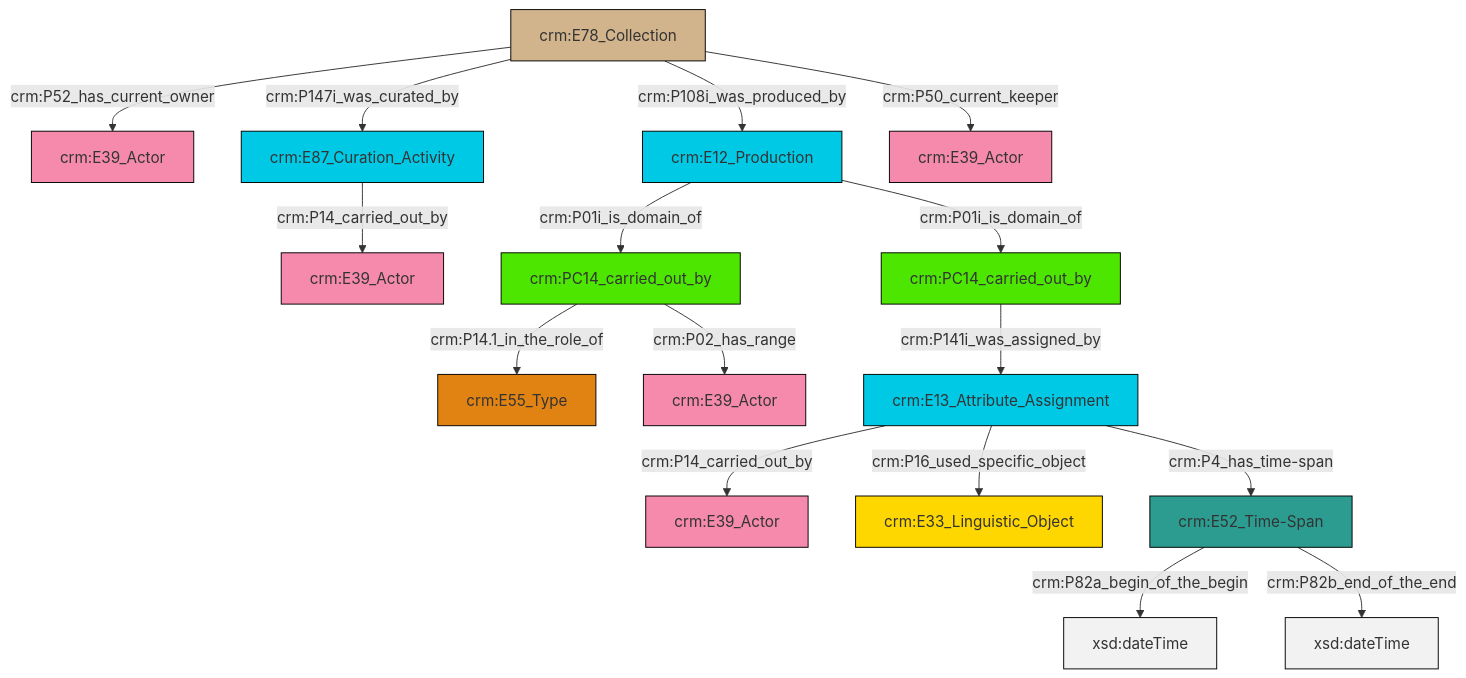
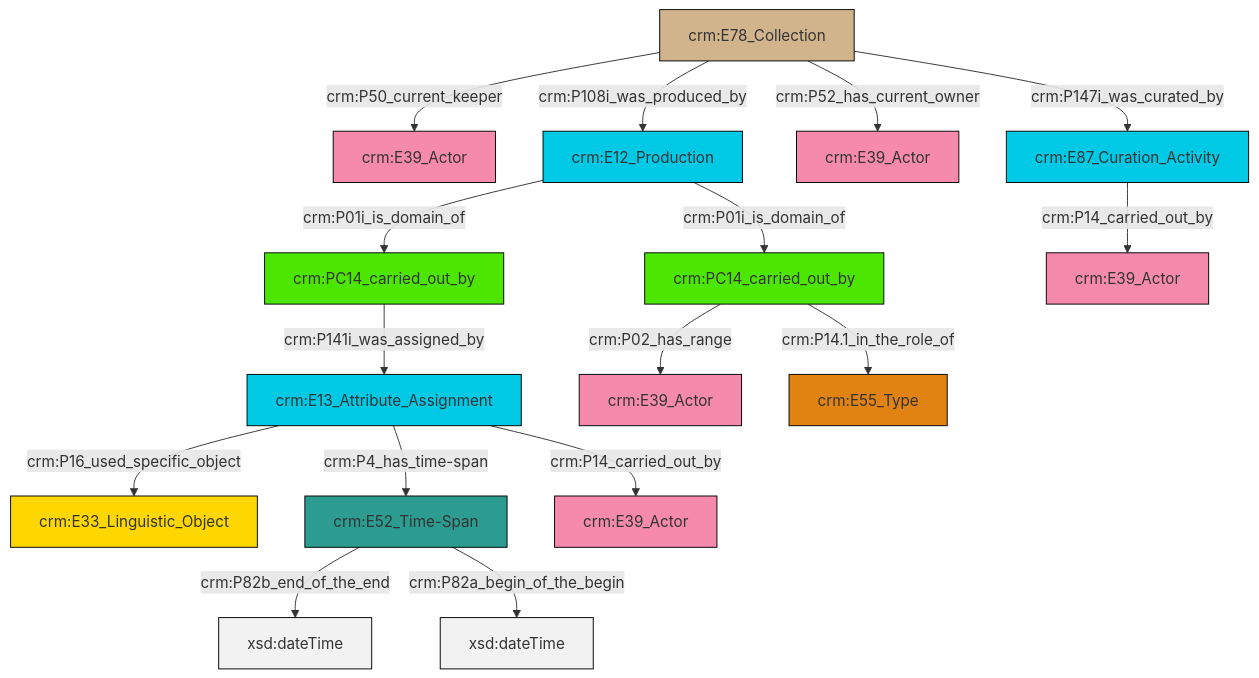
The diagram in et/archivalCSV/ttl/mmd/archival_relation.ttl.mmd (swiss-art-research-net/docs.swissartresearch), drawn with Mermaid before and after one commit. The commit also changed 176 other files, not shown here.

```diff
--- a/et/archivalCSV/ttl/mmd/archival_relation.ttl.mmd
+++ b/et/archivalCSV/ttl/mmd/archival_relation.ttl.mmd
@@ -1,30 +1,30 @@
 graph TD
 classDef Literal fill:#f2f2f2,stroke:#000000;
 classDef CRM_Entity fill:#FFFFFF,stroke:#000000;
 classDef Temporal_Entity fill:#00C9E6, stroke:#000000;
 classDef Type fill:#E18312, stroke:#000000;
 classDef Time-Span fill:#2C9C91, stroke:#000000;
 classDef Appellation fill:#FFEB7F, stroke:#000000;
 classDef Place fill:#008836, stroke:#000000;
 classDef Persistent_Item fill:#B266B2, stroke:#000000;
 classDef Conceptual_Object fill:#FFD700, stroke:#000000;
 classDef Physical_Thing fill:#D2B48C, stroke:#000000;
 classDef Actor fill:#f58aad, stroke:#000000;
 classDef PC_Classes fill:#4ce600, stroke:#000000;
 classDef Multi fill:#cccccc,stroke:#000000;
 
-0["crm:E13_Attribute_Assignment"]:::Temporal_Entity -->|crm:P14_carried_out_by| 1["crm:E39_Actor"]:::Actor
-2["crm:E12_Production"]:::Temporal_Entity -->|crm:P01i_is_domain_of| 3["crm:PC14_carried_out_by"]:::PC_Classes
-7["crm:E78_Collection"]:::Physical_Thing -->|crm:P52_has_current_owner| 8["crm:E39_Actor"]:::Actor
-7["crm:E78_Collection"]:::Physical_Thing -->|crm:P147i_was_curated_by| 14["crm:E87_Curation_Activity"]:::Temporal_Entity
-7["crm:E78_Collection"]:::Physical_Thing -->|crm:P108i_was_produced_by| 2["crm:E12_Production"]:::Temporal_Entity
-3["crm:PC14_carried_out_by"]:::PC_Classes -->|crm:P14.1_in_the_role_of| 12["crm:E55_Type"]:::Type
-0["crm:E13_Attribute_Assignment"]:::Temporal_Entity -->|crm:P16_used_specific_object| 17["crm:E33_Linguistic_Object"]:::Conceptual_Object
-2["crm:E12_Production"]:::Temporal_Entity -->|crm:P01i_is_domain_of| 19["crm:PC14_carried_out_by"]:::PC_Classes
-14["crm:E87_Curation_Activity"]:::Temporal_Entity -->|crm:P14_carried_out_by| 15["crm:E39_Actor"]:::Actor
-3["crm:PC14_carried_out_by"]:::PC_Classes -->|crm:P02_has_range| 10["crm:E39_Actor"]:::Actor
-0["crm:E13_Attribute_Assignment"]:::Temporal_Entity -->|crm:P4_has_time-span| 5["crm:E52_Time-Span"]:::Time-Span
-5["crm:E52_Time-Span"]:::Time-Span -->|crm:P82a_begin_of_the_begin| 26[xsd:dateTime]:::Literal
-7["crm:E78_Collection"]:::Physical_Thing -->|crm:P50_current_keeper| 27["crm:E39_Actor"]:::Actor
-5["crm:E52_Time-Span"]:::Time-Span -->|crm:P82b_end_of_the_end| 29[xsd:dateTime]:::Literal
-19["crm:PC14_carried_out_by"]:::PC_Classes -->|crm:P141i_was_assigned_by| 0["crm:E13_Attribute_Assignment"]:::Temporal_Entity
+0["crm:PC14_carried_out_by"]:::PC_Classes -->|crm:P141i_was_assigned_by| 1["crm:E13_Attribute_Assignment"]:::Temporal_Entity
+8["crm:E78_Collection"]:::Physical_Thing -->|crm:P50_current_keeper| 4["crm:E39_Actor"]:::Actor
+6["crm:E52_Time-Span"]:::Time-Span -->|crm:P82b_end_of_the_end| 16[xsd:dateTime]:::Literal
+22["crm:E12_Production"]:::Temporal_Entity -->|crm:P01i_is_domain_of| 13["crm:PC14_carried_out_by"]:::PC_Classes
+8["crm:E78_Collection"]:::Physical_Thing -->|crm:P108i_was_produced_by| 22["crm:E12_Production"]:::Temporal_Entity
+6["crm:E52_Time-Span"]:::Time-Span -->|crm:P82a_begin_of_the_begin| 23[xsd:dateTime]:::Literal
+22["crm:E12_Production"]:::Temporal_Entity -->|crm:P01i_is_domain_of| 0["crm:PC14_carried_out_by"]:::PC_Classes
+11["crm:E87_Curation_Activity"]:::Temporal_Entity -->|crm:P14_carried_out_by| 27["crm:E39_Actor"]:::Actor
+8["crm:E78_Collection"]:::Physical_Thing -->|crm:P147i_was_curated_by| 11["crm:E87_Curation_Activity"]:::Temporal_Entity
+1["crm:E13_Attribute_Assignment"]:::Temporal_Entity -->|crm:P16_used_specific_object| 2["crm:E33_Linguistic_Object"]:::Conceptual_Object
+1["crm:E13_Attribute_Assignment"]:::Temporal_Entity -->|crm:P14_carried_out_by| 25["crm:E39_Actor"]:::Actor
+8["crm:E78_Collection"]:::Physical_Thing -->|crm:P52_has_current_owner| 20["crm:E39_Actor"]:::Actor
+1["crm:E13_Attribute_Assignment"]:::Temporal_Entity -->|crm:P4_has_time-span| 6["crm:E52_Time-Span"]:::Time-Span
+13["crm:PC14_carried_out_by"]:::PC_Classes -->|crm:P02_has_range| 9["crm:E39_Actor"]:::Actor
+13["crm:PC14_carried_out_by"]:::PC_Classes -->|crm:P14.1_in_the_role_of| 17["crm:E55_Type"]:::Type
```
